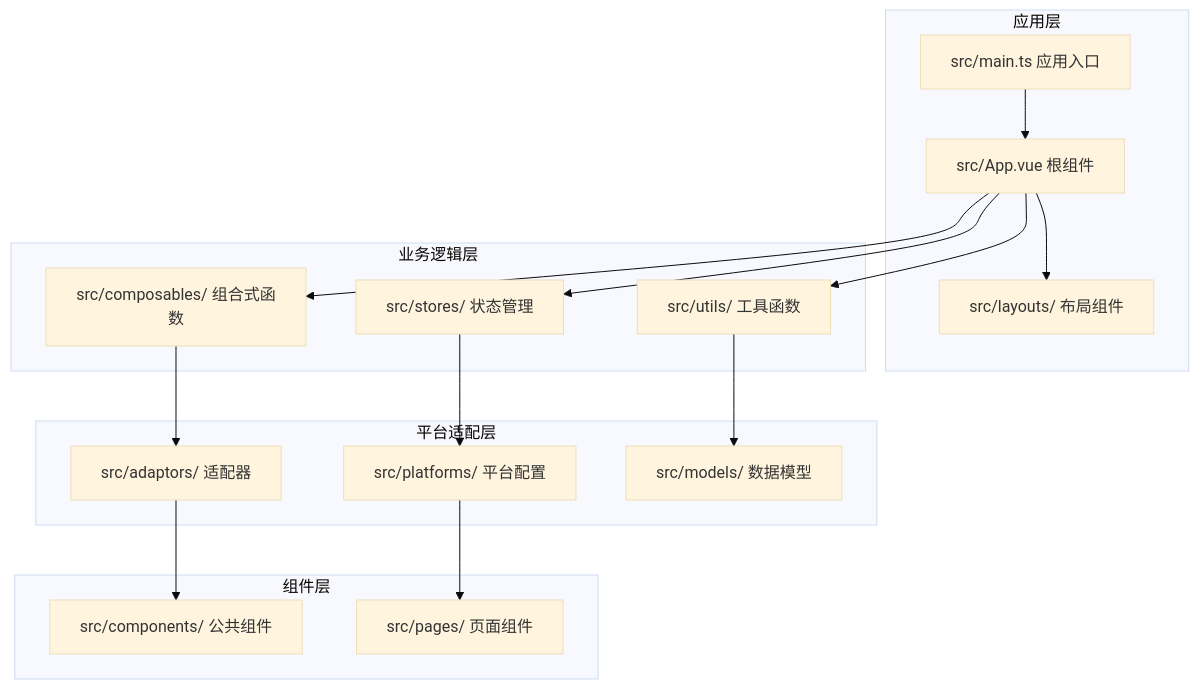
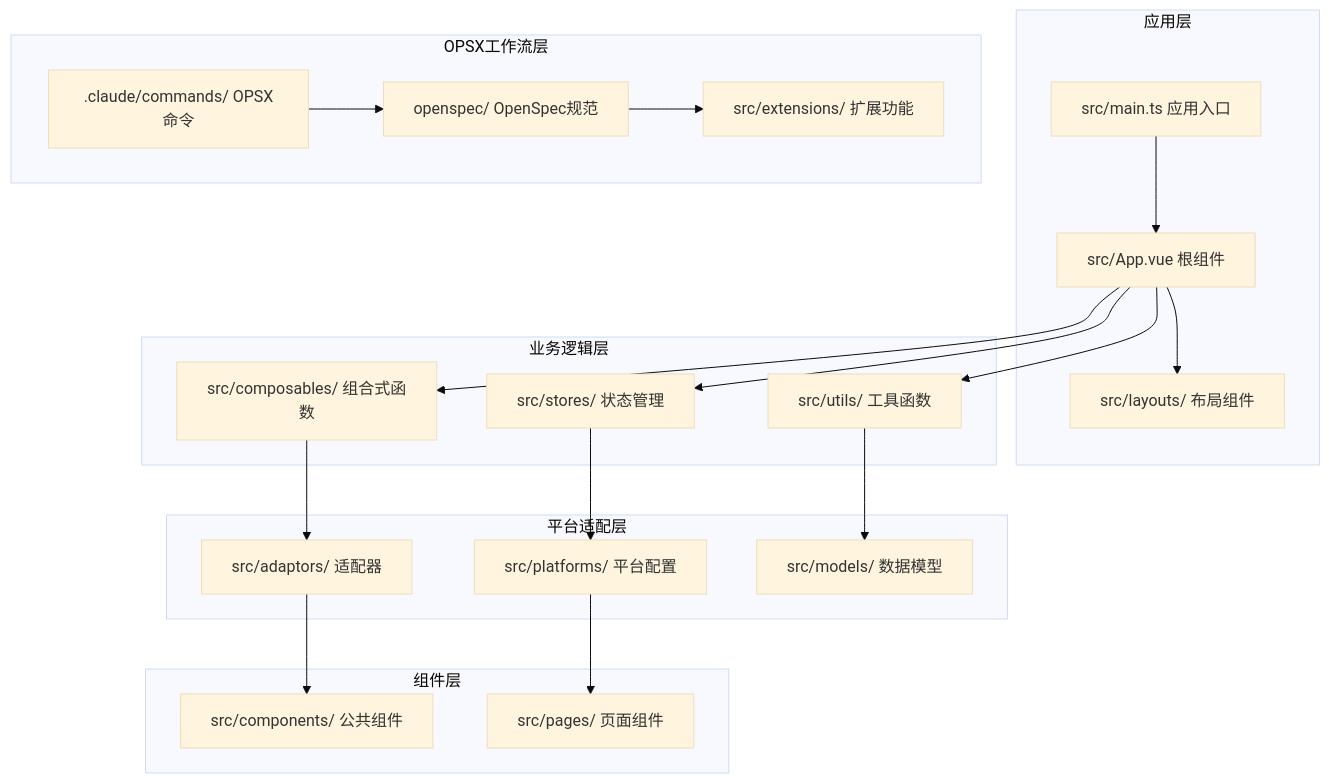
Before and after one commit to terwer/siyuan-plugin-publisher: the sixth of 11 diagrams in .qoder/repowiki/zh/content/AI辅助功能/OPSX实验性工作流.md, drawn with Mermaid (base theme). The commit also changed other lines of this file and 6 other files, not shown here.

First line of the commit message:
docs(architecture): clarify and split workspace shell component responsibilities

````diff
--- a/.qoder/repowiki/zh/content/AI辅助功能/OPSX实验性工作流.md
+++ b/.qoder/repowiki/zh/content/AI辅助功能/OPSX实验性工作流.md
@@ -42,32 +301,39 @@
 ```mermaid
 graph TB
 subgraph "应用层"
 A[src/main.ts 应用入口]
 B[src/App.vue 根组件]
 C[src/layouts/ 布局组件]
 end
 subgraph "业务逻辑层"
 D[src/composables/ 组合式函数]
 E[src/stores/ 状态管理]
 F[src/utils/ 工具函数]
 end
 subgraph "平台适配层"
 G[src/adaptors/ 适配器]
 H[src/platforms/ 平台配置]
 I[src/models/ 数据模型]
 end
 subgraph "组件层"
 J[src/components/ 公共组件]
 K[src/pages/ 页面组件]
 end
+subgraph "OPSX工作流层"
+L[.claude/commands/ OPSX命令]
+M[openspec/ OpenSpec规范]
+N[src/extensions/ 扩展功能]
+end
 A --> B
 B --> C
 B --> D
 B --> E
 B --> F
 D --> G
 E --> H
 F --> I
 G --> J
 H --> K
+L --> M
+M --> N
 ```
````
